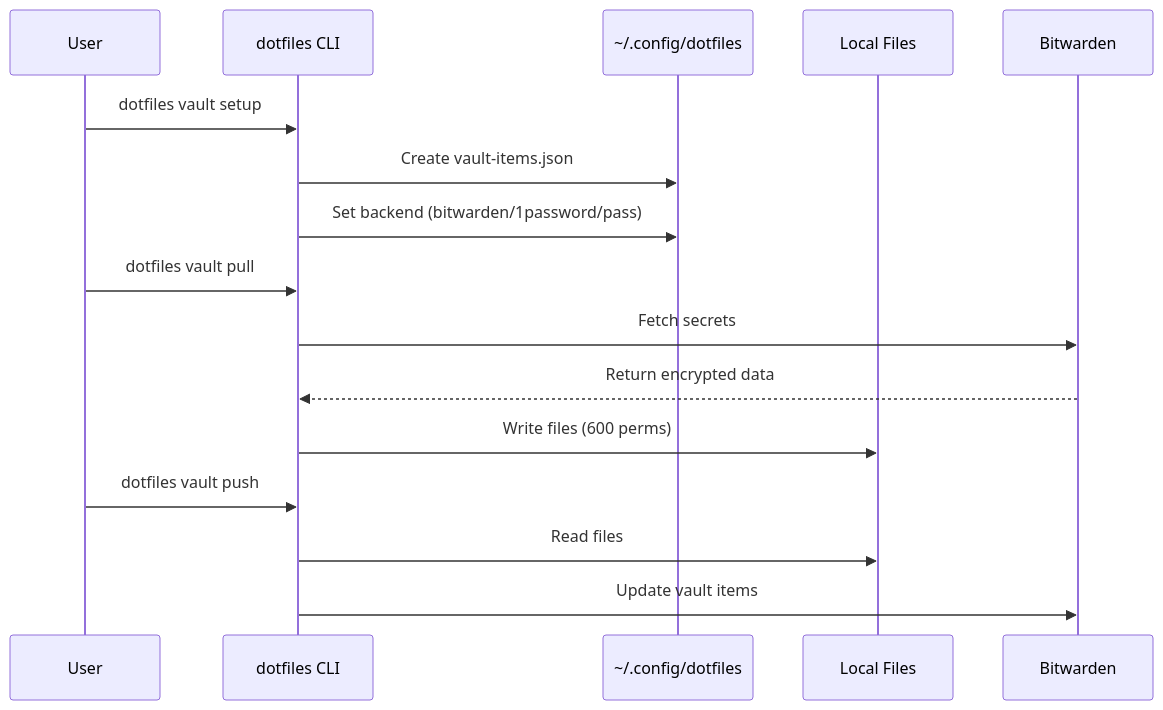
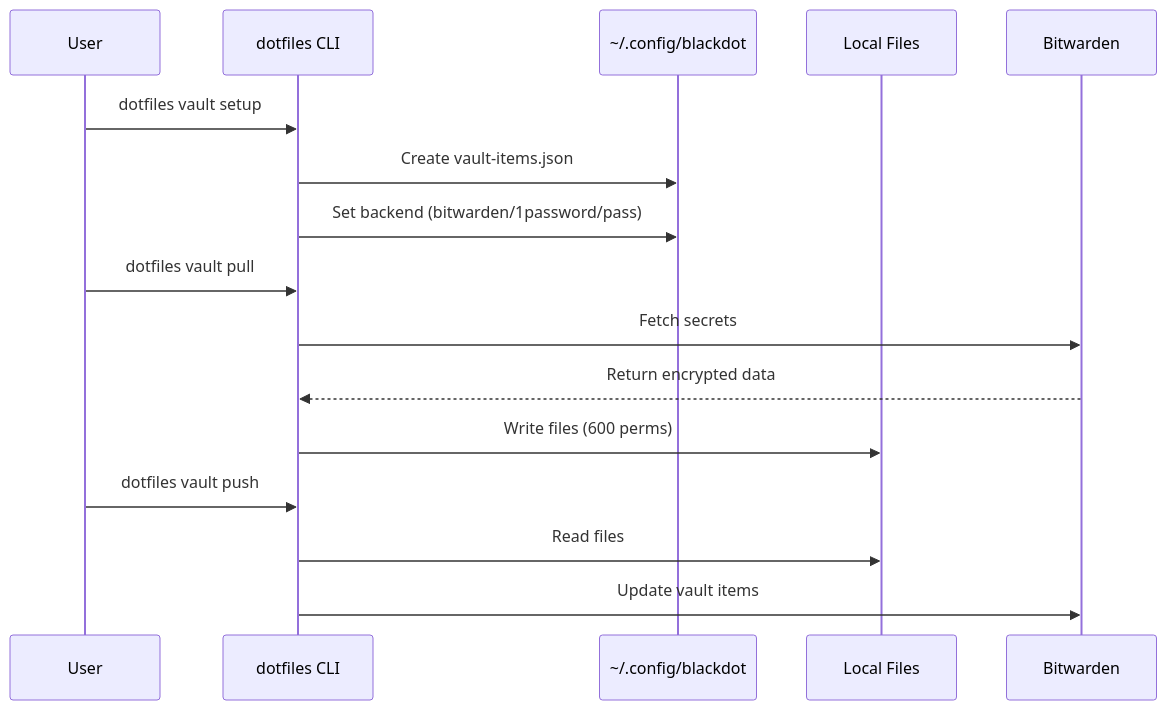
Before and after one commit to blackwell-systems/blackdot: the sixth of 10 diagrams in docs/architecture.md, drawn with Mermaid. The commit also changed other lines of this file and 46 other files, not shown here.

````diff
--- a/docs/architecture.md
+++ b/docs/architecture.md
@@ -457,21 +457,21 @@
 ```mermaid
 sequenceDiagram
     participant User
     participant CLI as dotfiles CLI
-    participant Config as ~/.config/dotfiles
+    participant Config as ~/.config/blackdot
     participant Local as Local Files
     participant BW as Bitwarden
 
     User->>CLI: dotfiles vault setup
     CLI->>Config: Create vault-items.json
     CLI->>Config: Set backend (bitwarden/1password/pass)
 
     User->>CLI: dotfiles vault pull
     CLI->>BW: Fetch secrets
     BW-->>CLI: Return encrypted data
     CLI->>Local: Write files (600 perms)
 
     User->>CLI: dotfiles vault push
     CLI->>Local: Read files
     CLI->>BW: Update vault items
 ```
````
